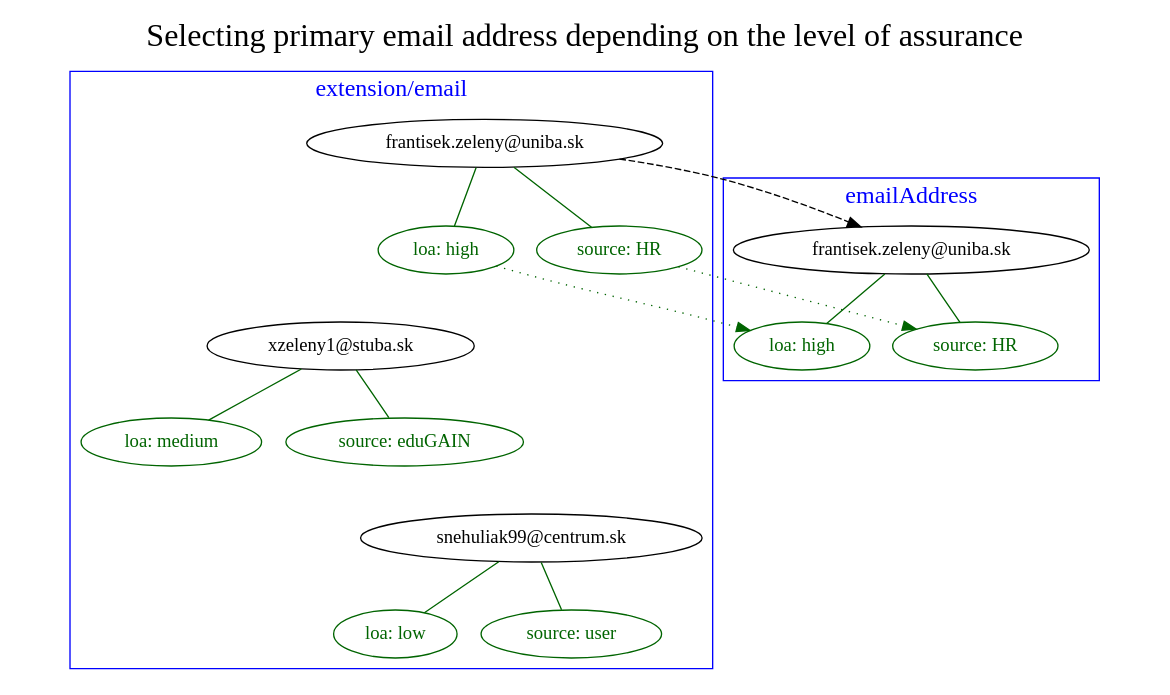
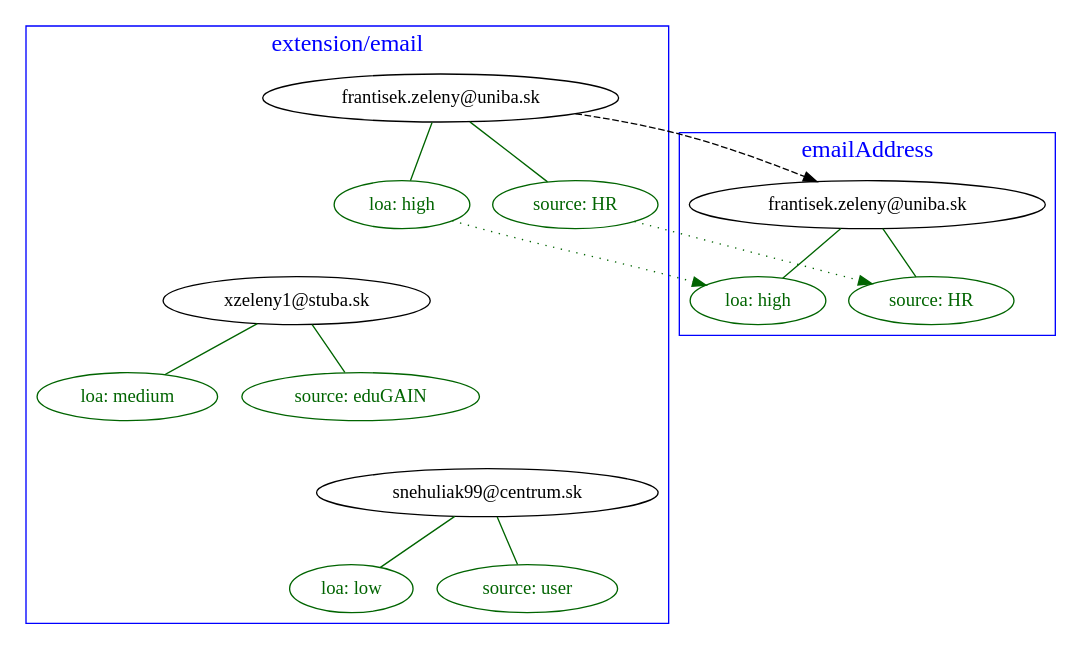
One commit to Evolveum/docs changed the diagram in midpoint/midprivacy/phases/01-data-provenance-prototype/processing/model/metadata/expressions/example-primary-email-selection.dot. Above: the diagram before and after it, drawn with Graphviz. The commit also changed 6 other files, not shown here.

```diff
--- a/midpoint/midprivacy/phases/01-data-provenance-prototype/processing/model/metadata/expressions/example-primary-email-selection.dot
+++ b/midpoint/midprivacy/phases/01-data-provenance-prototype/processing/model/metadata/expressions/example-primary-email-selection.dot
@@ -1,53 +1,53 @@
 digraph G {
     compound=true;
     rankdir=TB;
 
-    label="Selecting primary email address depending on the level of assurance";
-    labelloc=top; fontsize=24.0;
+//    label="Selecting primary email address depending on the level of assurance";
+//    labelloc=top; fontsize=24.0;
 
     subgraph cluster_ext_email {
       label="extension/email";
       fontsize=18;
       fontcolor=blue;
       color=blue;
 
       a1 [label="frantisek.zeleny@uniba.sk"];
       a1Loa [label="loa: high", color=darkgreen, fontcolor=darkgreen];
       a1Source [label="source: HR", color=darkgreen, fontcolor=darkgreen];
       a1->a1Loa [color=darkgreen, dir=none];
       a1->a1Source [color=darkgreen, dir=none];
       a1Dummy[style=invis];
 
       a2 [label="xzeleny1@stuba.sk"];
       a2Loa [label="loa: medium", color=darkgreen, fontcolor=darkgreen];
       a2Source [label="source: eduGAIN", color=darkgreen, fontcolor=darkgreen];
       a2->a2Loa [color=darkgreen, dir=none];
       a2->a2Source [color=darkgreen, dir=none];
       a2Dummy[style=invis];
 
       a3 [label="snehuliak99@centrum.sk"];
       a3Loa [label="loa: low", color=darkgreen, fontcolor=darkgreen];
       a3Source [label="source: user", color=darkgreen, fontcolor=darkgreen];
       a3->a3Loa [color=darkgreen, dir=none];
       a3->a3Source [color=darkgreen, dir=none];
 
       a1 -> a1Dummy -> a2 -> a2Dummy -> a3 [style=invis];
     }
 
     subgraph cluster_output {
       label="emailAddress"
       fontsize=18;
       fontcolor=blue;
       color=blue;
 
       o1 [label="frantisek.zeleny@uniba.sk"];
       o1Loa [label="loa: high", color=darkgreen, fontcolor=darkgreen];
       o1Source [label="source: HR", color=darkgreen, fontcolor=darkgreen];
       o1->o1Loa [color=darkgreen, dir=none];
       o1->o1Source [color=darkgreen, dir=none];
     }
 
     a1 -> o1 [style=dashed];
     a1Loa -> o1Loa [color=darkgreen, style=dotted];
     a1Source -> o1Source [color=darkgreen, style=dotted];
 }
```
